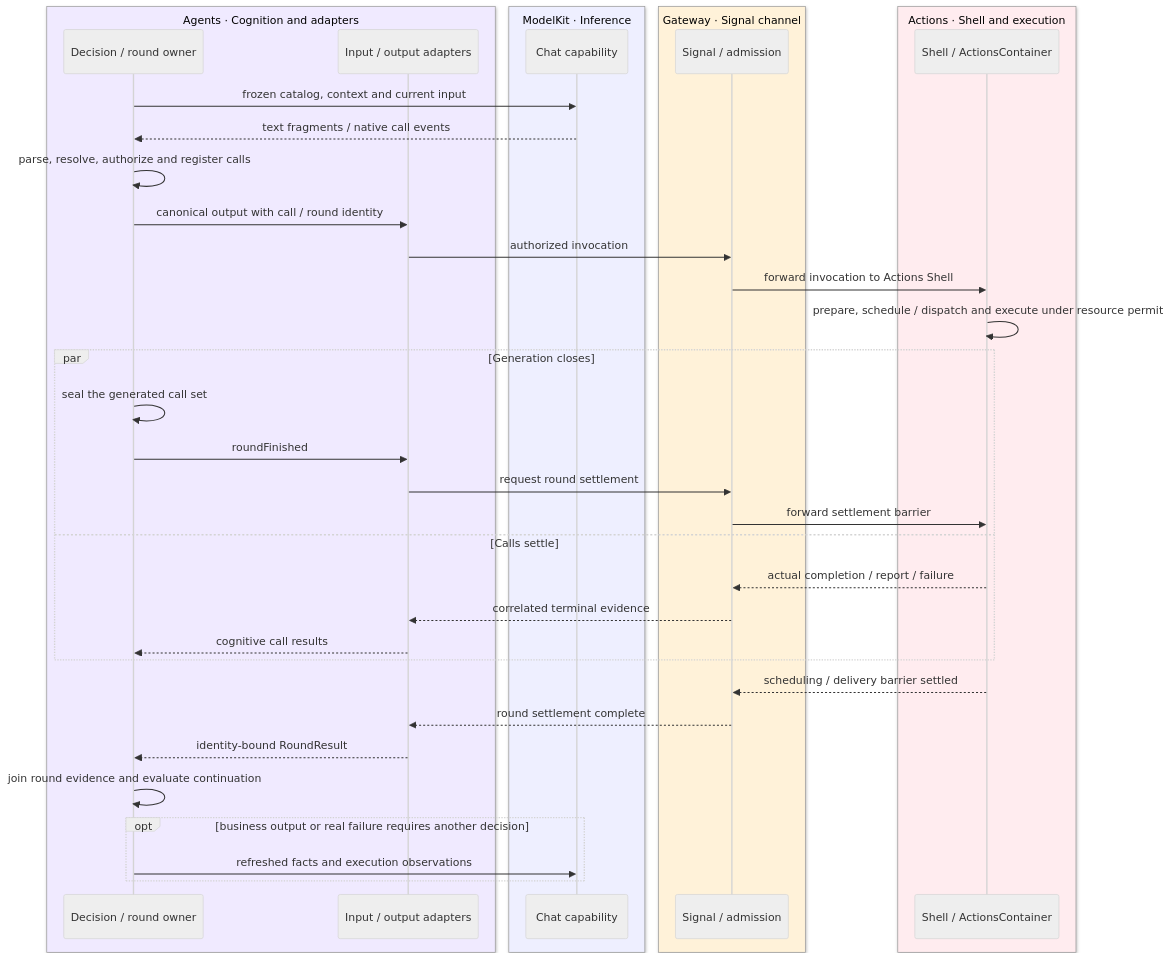
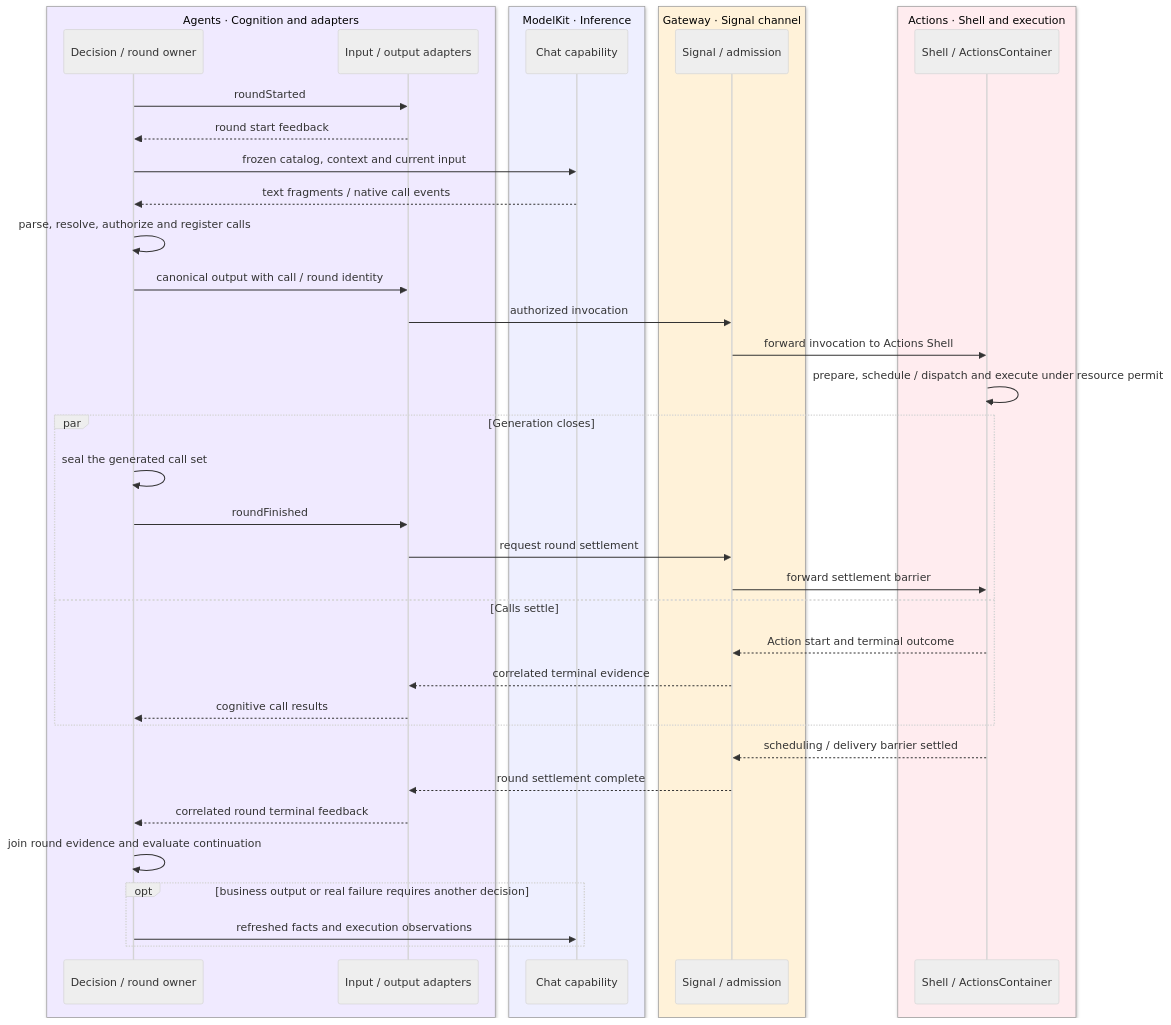
Diagram 15 of 27 in MobileHarness/README.md (devilyouwei/MobileHarness), drawn with Mermaid (neutral theme) before and after one commit. The commit also changed other lines of this file and 201 other files, not shown here.

````diff
--- a/MobileHarness/README.md
+++ b/MobileHarness/README.md
@@ -967,40 +969,42 @@
 ```mermaid
 sequenceDiagram
     box rgb(240,234,255) Agents · Cognition and adapters
         participant A as Decision / round owner
         participant B as Input / output adapters
     end
     box rgb(238,239,255) ModelKit · Inference
         participant M as Chat capability
     end
     box rgb(255,242,217) Gateway · Signal channel
         participant G as Signal / admission
     end
     box rgb(255,236,239) Actions · Shell and execution
         participant X as Shell / ActionsContainer
     end
+    A->>B: roundStarted
+    B-->>A: round start feedback
     A->>M: frozen catalog, context and current input
     M-->>A: text fragments / native call events
     A->>A: parse, resolve, authorize and register calls
     A->>B: canonical output with call / round identity
     B->>G: authorized invocation
     G->>X: forward invocation to Actions Shell
     X->>X: prepare, schedule / dispatch and execute under resource permit
     par Generation closes
         A->>A: seal the generated call set
         A->>B: roundFinished
         B->>G: request round settlement
         G->>X: forward settlement barrier
     and Calls settle
-        X-->>G: actual completion / report / failure
+        X-->>G: Action start and terminal outcome
         G-->>B: correlated terminal evidence
         B-->>A: cognitive call results
     end
     X-->>G: scheduling / delivery barrier settled
     G-->>B: round settlement complete
-    B-->>A: identity-bound RoundResult
+    B-->>A: correlated round terminal feedback
     A->>A: join round evidence and evaluate continuation
     opt business output or real failure requires another decision
         A->>M: refreshed facts and execution observations
     end
 ```
````
